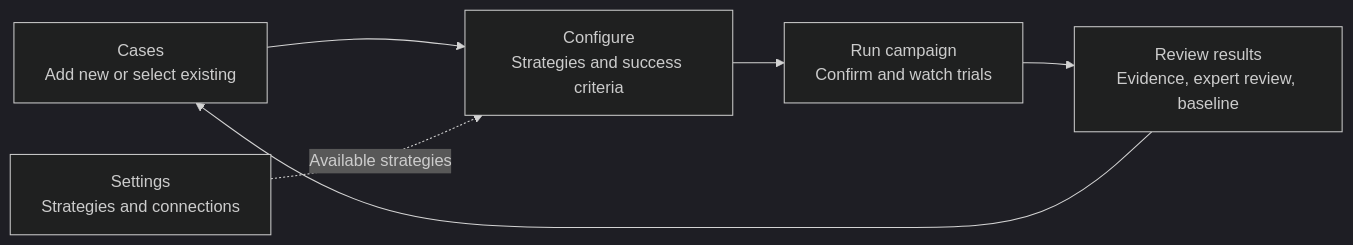
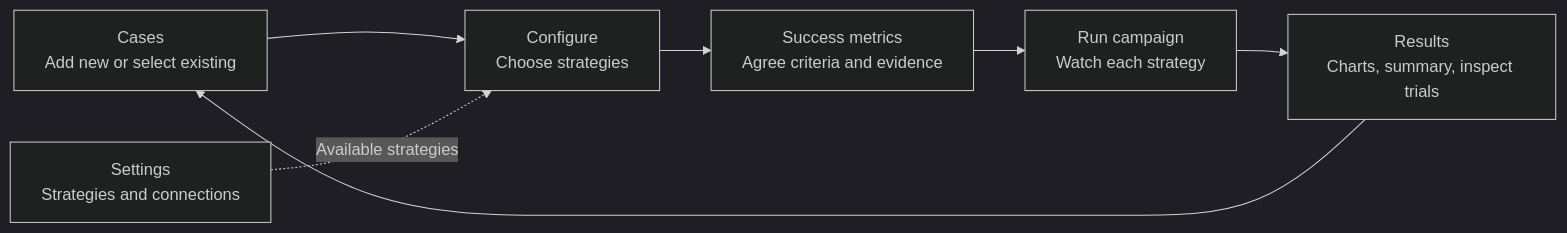
Before and after one commit to niksacdev/rove: the first of 3 diagrams in docs/product/user-journey.md, drawn with Mermaid (dark theme). The commit also changed other lines of this file and 26 other files, not shown here.

Commit message:
Add AI-assisted success metrics and visual campaign outcomes (#23)

````diff
--- a/docs/product/user-journey.md
+++ b/docs/product/user-journey.md
@@ -34,8 +34,9 @@
 ```mermaid
 flowchart LR
-    C["Cases<br/>Add new or select existing"] --> F["Configure<br/>Strategies and success criteria"]
-    F --> R["Run campaign<br/>Confirm and watch trials"]
-    R --> V["Review results<br/>Evidence, expert review, baseline"]
+    C["Cases<br/>Add new or select existing"] --> F["Configure<br/>Choose strategies"]
+    F --> M["Success metrics<br/>Agree criteria and evidence"]
+    M --> R["Run campaign<br/>Watch each strategy"]
+    R --> V["Results<br/>Charts, summary, inspect trials"]
     V --> C
     S["Settings<br/>Strategies and connections"] -. Available strategies .-> F
 ```
````
